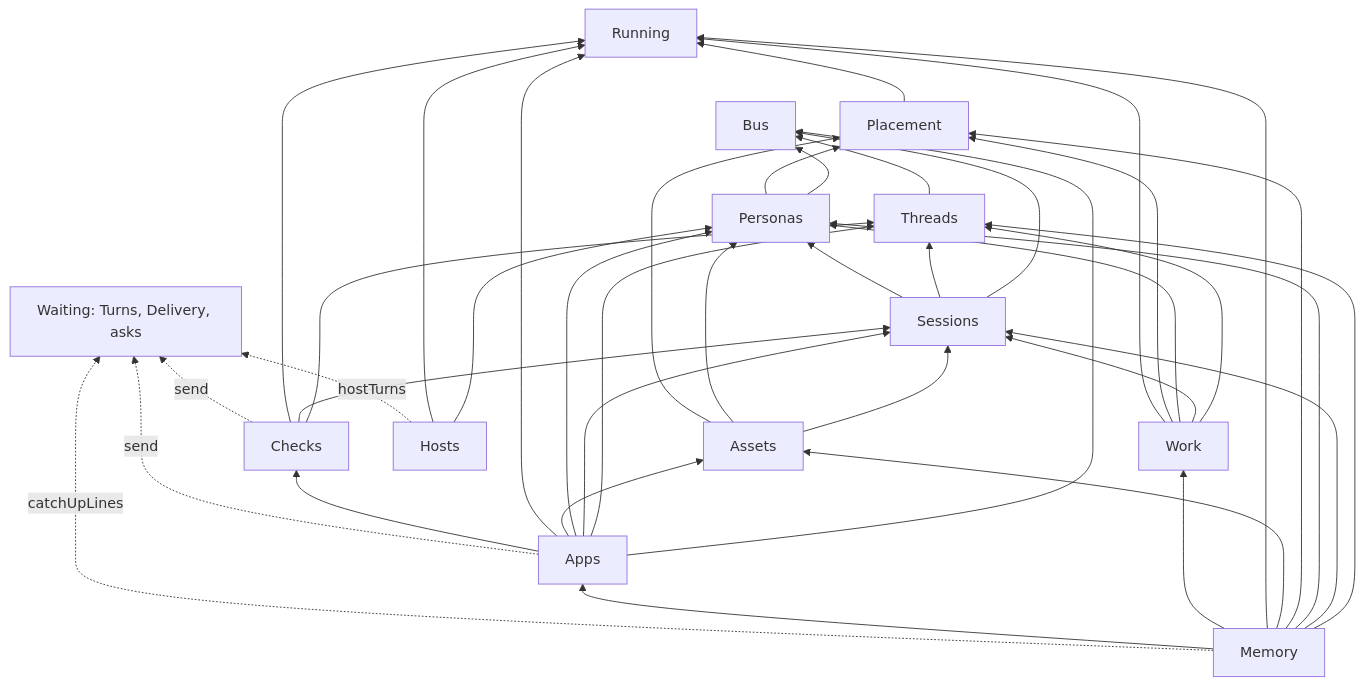
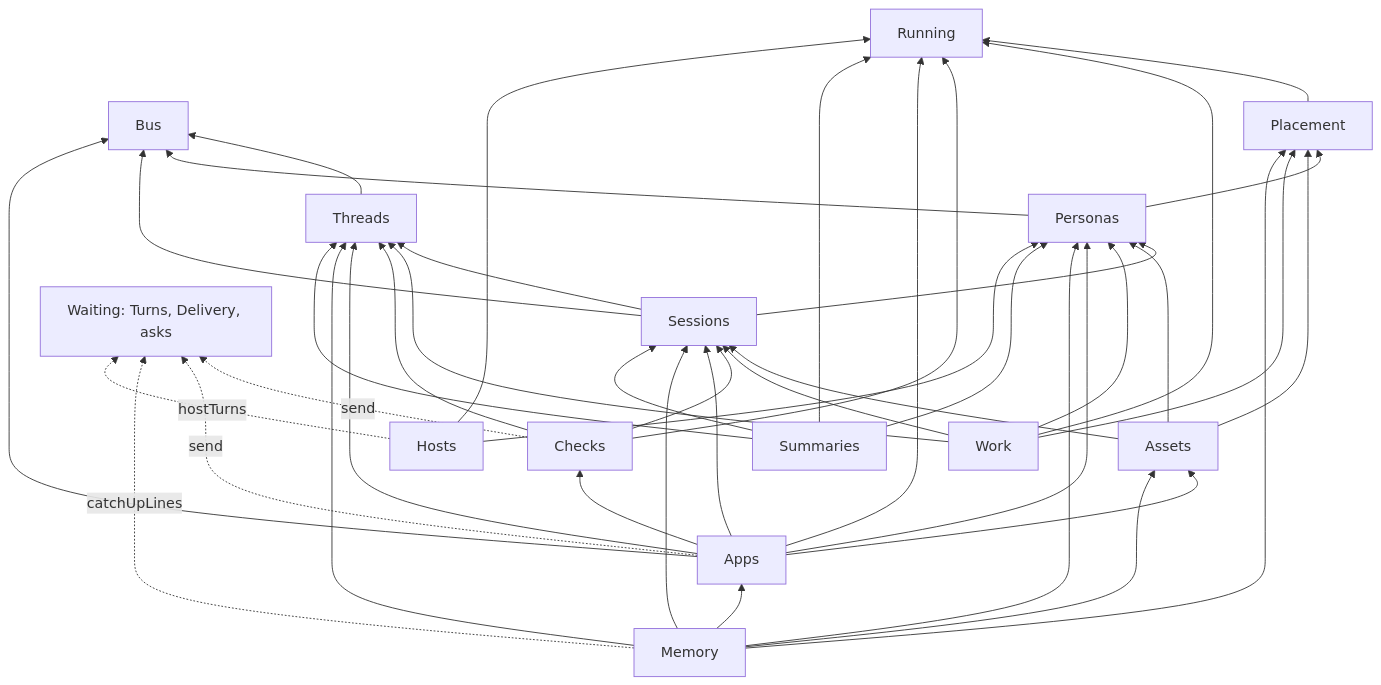
Before and after one commit to HJeon139/postbox: the second of 4 diagrams in designs/architecture/services.md, drawn with Mermaid. The commit also changed other lines of this file and 3 other files, not shown here.

First line of the commit message:
docs(architecture): mark step 10 done, with memory and summaries split, and what it found

````diff
--- a/designs/architecture/services.md
+++ b/designs/architecture/services.md
@@ -173,45 +180,47 @@
 ```mermaid
 flowchart BT
   Bus
   Running
   Placement --> Running
   Threads --> Bus
   Personas --> Bus
   Personas --> Placement
   Sessions --> Bus
   Sessions --> Threads
   Sessions --> Personas
   Assets --> Sessions
   Assets --> Personas
   Assets --> Placement
   Work --> Threads
   Work --> Sessions
   Work --> Personas
   Work --> Placement
   Work --> Running
   Checks --> Threads
   Checks --> Sessions
   Checks --> Running
   Apps --> Bus
   Apps --> Threads
   Apps --> Sessions
   Apps --> Personas
   Apps --> Assets
   Apps --> Running
   Apps --> Checks
   Memory --> Threads
   Memory --> Sessions
   Memory --> Personas
   Memory --> Placement
   Memory --> Assets
-  Memory --> Running
-  Memory --> Work
   Memory --> Apps
+  Summaries --> Threads
+  Summaries --> Sessions
+  Summaries --> Personas
+  Summaries --> Running
   Hosts --> Personas
   Hosts --> Running
   Waiting[Waiting: Turns, Delivery, asks]
   Checks -.->|send| Waiting
   Apps -.->|send| Waiting
   Memory -.->|catchUpLines| Waiting
   Hosts -.->|hostTurns| Waiting
 ```
````
